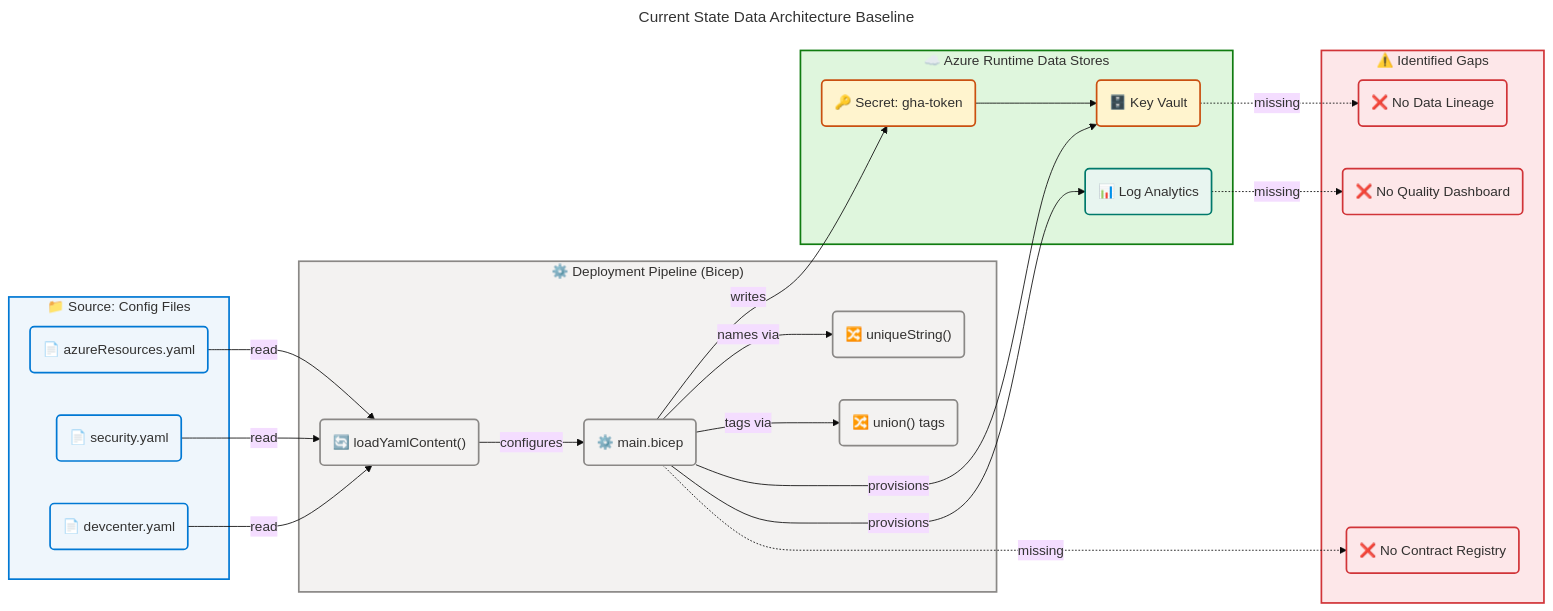
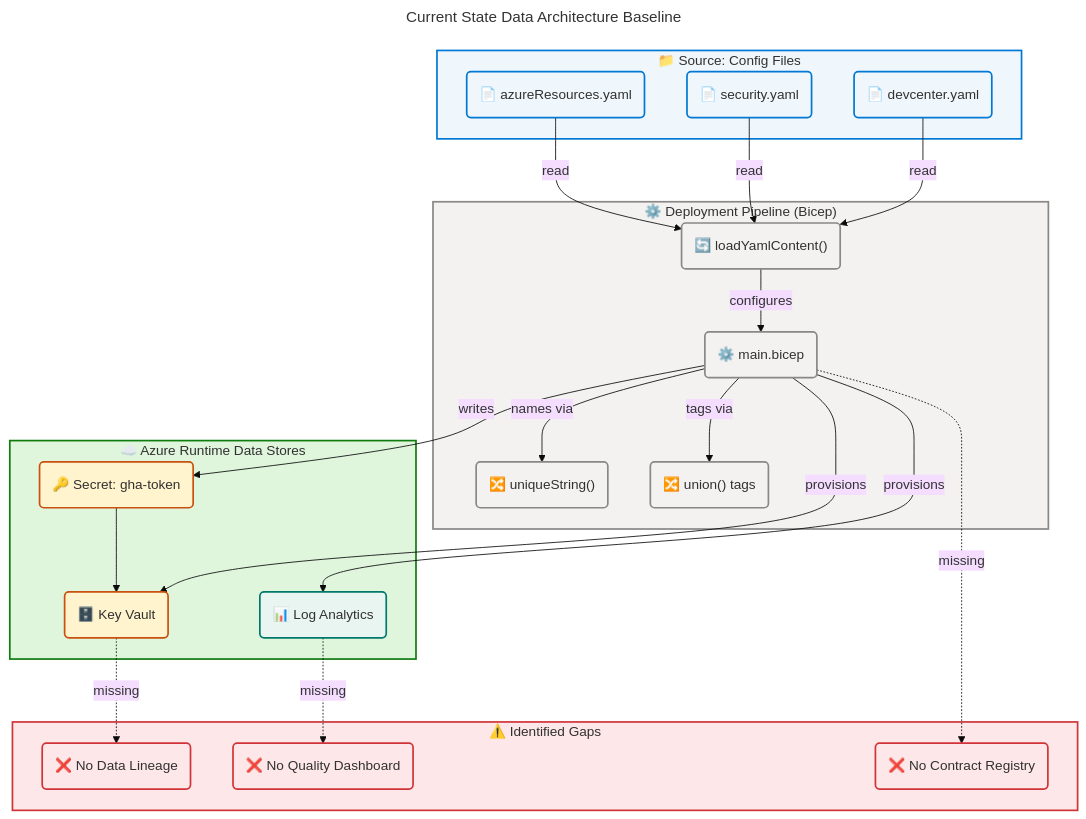
The second of 3 diagrams in docs/architecture/data-arch.md (Evilazaro/DevExp-DevBox), drawn with Mermaid before and after one commit. The commit also changed other lines of this file, not shown here.

Commit message:
refactor: remove outdated metadata and maturity assessment from data architecture document

````diff
--- a/docs/architecture/data-arch.md
+++ b/docs/architecture/data-arch.md
@@ -521,79 +489,79 @@
 ```mermaid
 ---
 title: Current State Data Architecture Baseline
 config:
   theme: base
   look: classic
   layout: dagre
   themeVariables:
     fontSize: '16px'
   flowchart:
     htmlLabels: true
 ---
-flowchart LR
+flowchart TB
     accTitle: Current State Data Architecture Baseline
     accDescr: Deployment pipeline showing YAML configuration files loaded by Bicep, producing Azure Key Vault secrets and Log Analytics diagnostics. Dotted lines indicate gaps in lineage tracking.
 
     %% ═══════════════════════════════════════════════════════════════════════════
     %% AZURE / FLUENT ARCHITECTURE PATTERN v2.0
     %% (Semantic + Structural + Font + Accessibility Governance)
     %% ═══════════════════════════════════════════════════════════════════════════
     %% PHASE 1 - FLUENT UI: All styling uses approved Fluent UI palette only
     %% PHASE 2 - GROUPS: Every subgraph has semantic color via style directive
     %% PHASE 3 - COMPONENTS: Every node has semantic classDef + icon prefix
     %% PHASE 4 - ACCESSIBILITY: accTitle/accDescr present, WCAG AA contrast
     %% PHASE 5 - STANDARD: Governance block present, classDefs centralized
     %% ═══════════════════════════════════════════════════════════════════════════
 
     subgraph SRC["📁 Source: Config Files"]
         Y1("📄 devcenter.yaml"):::configNode
         Y2("📄 security.yaml"):::configNode
         Y3("📄 azureResources.yaml"):::configNode
     end
 
     subgraph PIPE["⚙️ Deployment Pipeline (Bicep)"]
         LC("🔄 loadYamlContent()"):::coreNode
         MAIN2("⚙️ main.bicep"):::coreNode
         US("🔀 uniqueString()"):::coreNode
         UNI("🔀 union() tags"):::coreNode
     end
 
     subgraph AZURE["☁️ Azure Runtime Data Stores"]
         KV2("🗄️ Key Vault"):::secNode
         LA2("📊 Log Analytics"):::monNode
         SECRET2("🔑 Secret: gha-token"):::secNode
     end
 
     subgraph GAPS["⚠️ Identified Gaps"]
         G1("❌ No Data Lineage"):::gapNode
         G2("❌ No Quality Dashboard"):::gapNode
         G3("❌ No Contract Registry"):::gapNode
     end
 
     Y1 -->|read| LC
     Y2 -->|read| LC
     Y3 -->|read| LC
     LC -->|configures| MAIN2
     MAIN2 -->|names via| US
     MAIN2 -->|tags via| UNI
     MAIN2 -->|provisions| KV2
     MAIN2 -->|provisions| LA2
     MAIN2 -->|writes| SECRET2
     SECRET2 --> KV2
     KV2 -.->|missing| G1
     LA2 -.->|missing| G2
     MAIN2 -.->|missing| G3
 
     %% Centralized classDefs
     classDef configNode fill:#EFF6FC,stroke:#0078D4,stroke-width:2px,color:#323130
     classDef coreNode fill:#F3F2F1,stroke:#8A8886,stroke-width:2px,color:#323130
     classDef secNode fill:#FFF4CE,stroke:#CA5010,stroke-width:2px,color:#323130
     classDef monNode fill:#E8F5F0,stroke:#00796B,stroke-width:2px,color:#323130
     classDef gapNode fill:#FDE7E9,stroke:#D13438,stroke-width:2px,color:#323130
 
     %% Subgraph style directives
     style SRC fill:#EFF6FC,stroke:#0078D4,stroke-width:2px,color:#323130
     style PIPE fill:#F3F2F1,stroke:#8A8886,stroke-width:2px,color:#323130
     style AZURE fill:#DFF6DD,stroke:#107C10,stroke-width:2px,color:#323130
     style GAPS fill:#FDE7E9,stroke:#D13438,stroke-width:2px,color:#323130
 ```
````
